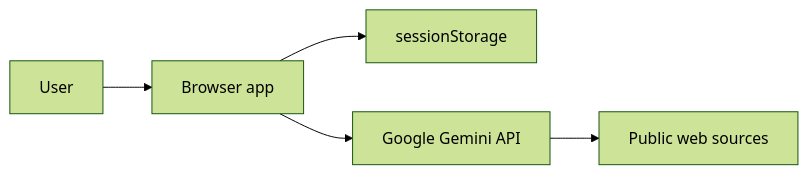
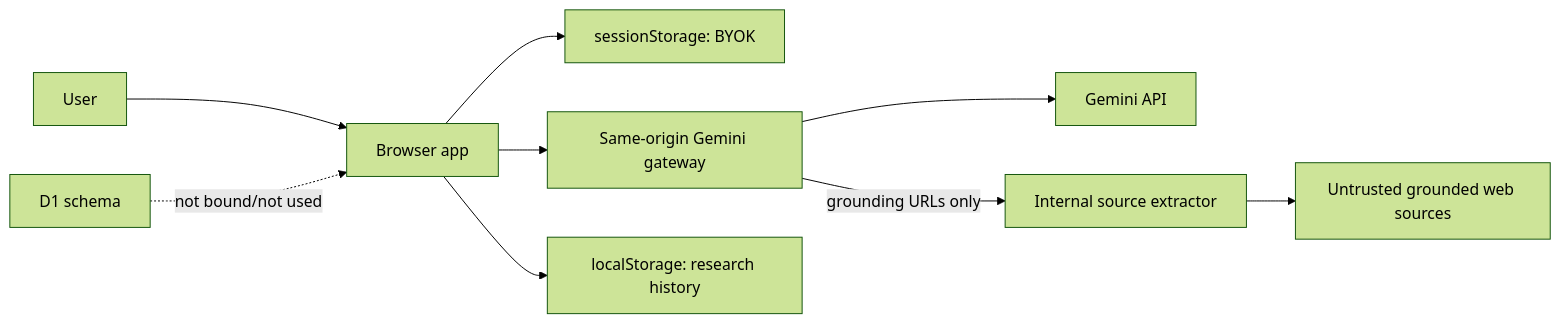
The diagram in knowledge/security-and-trust.md (thang-lt/omni-view), drawn with Mermaid (forest theme) before and after one commit. The commit also changed other lines of this file and 38 other files, not shown here.

````diff
--- a/knowledge/security-and-trust.md
+++ b/knowledge/security-and-trust.md
@@ -5,7 +5,11 @@
 ```mermaid
 flowchart LR
     U["User"] --> B["Browser app"]
-    B --> SS["sessionStorage"]
-    B --> G["Google Gemini API"]
-    G --> W["Public web sources"]
+    B --> SS["sessionStorage: BYOK"]
+    B --> GW["Same-origin Gemini gateway"]
+    GW --> G["Gemini API"]
+    GW -->|"grounding URLs only"| EX["Internal source extractor"]
+    EX --> W["Untrusted grounded web sources"]
+    B --> LS["localStorage: research history"]
+    D1["D1 schema"] -. "not bound/not used" .-> B
 ```
````
